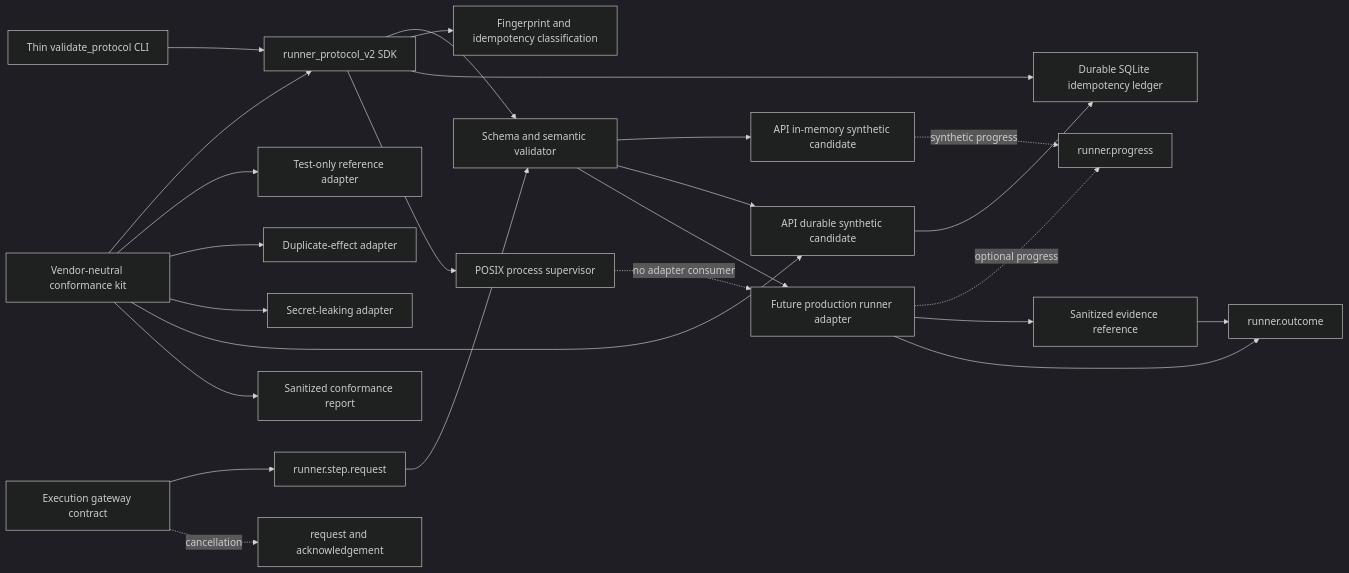
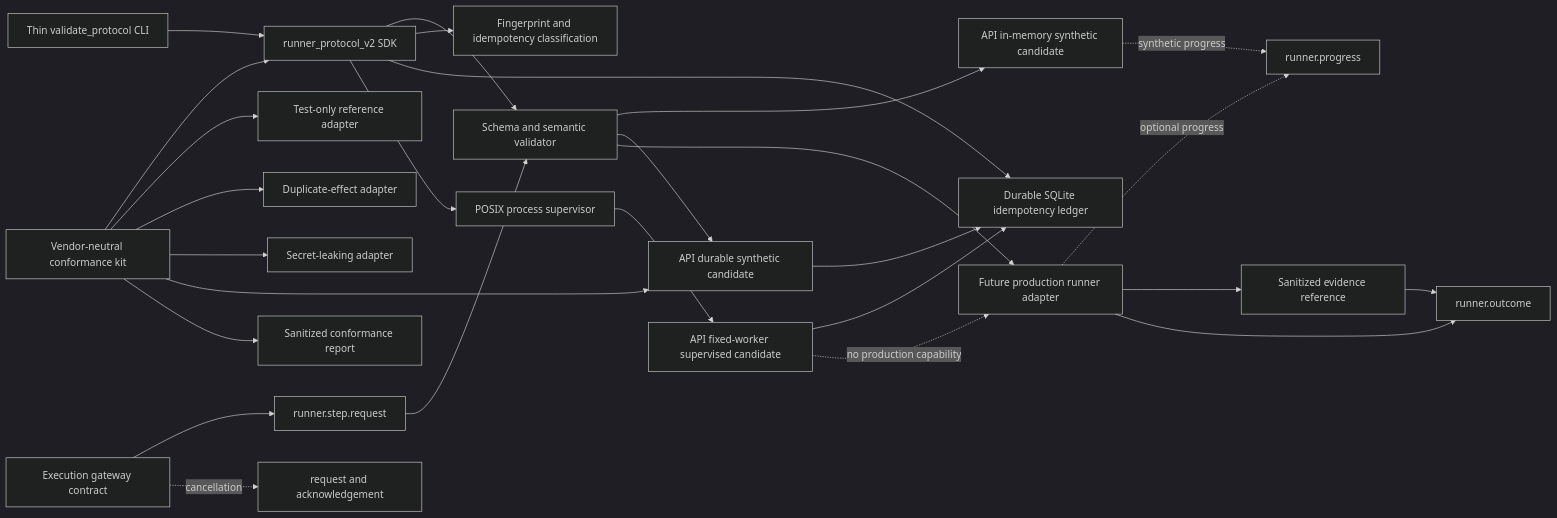
One commit to pestoura/hermes-security-labs changed the second of 2 diagrams in docs/roadmap/epics/EPIC-05-runner-protocol-v2.md. Above: the diagram before and after it, drawn with Mermaid (dark theme). The commit also changed other lines of this file and 8 other files, not shown here.

Commit message:
feat(epic-05): declare supervised synthetic API integration

````diff
--- a/docs/roadmap/epics/EPIC-05-runner-protocol-v2.md
+++ b/docs/roadmap/epics/EPIC-05-runner-protocol-v2.md
@@ -393,27 +417,29 @@
 ```mermaid
 flowchart LR
   SDK[runner_protocol_v2 SDK] --> VAL[Schema and semantic validator]
   SDK --> IDEM[Fingerprint and idempotency classification]
   SDK --> LEDGER[Durable SQLite idempotency ledger]
   SDK --> SUP[POSIX process supervisor]
   CLI[Thin validate_protocol CLI] --> SDK
   KIT[Vendor-neutral conformance kit] --> SDK
   GW[Execution gateway contract] --> REQ[runner.step.request]
   REQ --> VAL
   VAL --> API[API in-memory synthetic candidate]
   VAL --> DAPI[API durable synthetic candidate]
   DAPI --> LEDGER
   VAL --> RUN[Future production runner adapter]
-  SUP -. no adapter consumer .-> RUN
+  SUP --> SAPI[API fixed-worker supervised candidate]
+  SAPI --> LEDGER
+  SAPI -. no production capability .-> RUN
   API -. synthetic progress .-> PROG[runner.progress]
   RUN -. optional progress .-> PROG
   GW -. cancellation .-> CANCEL[request and acknowledgement]
   RUN --> EV[Sanitized evidence reference]
   RUN --> OUT[runner.outcome]
   EV --> OUT
   KIT --> REF[Test-only reference adapter]
   KIT --> BAD1[Duplicate-effect adapter]
   KIT --> BAD2[Secret-leaking adapter]
   KIT --> DAPI
   KIT --> REPORT[Sanitized conformance report]
 ```
````
